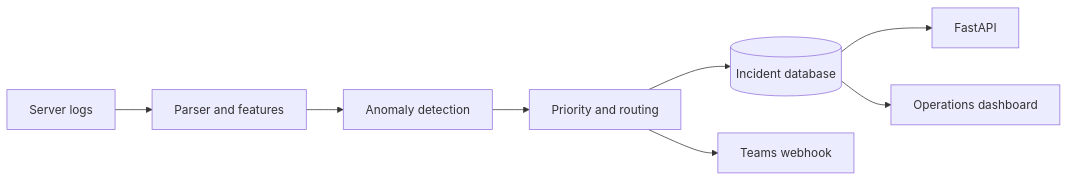
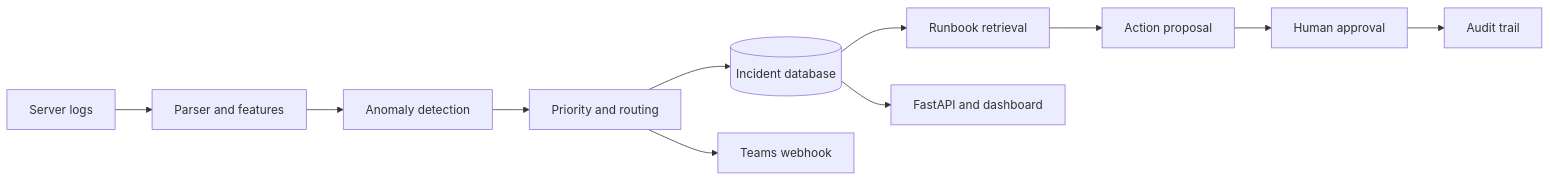
One commit to Lonfea/enterprise-it-incident-automation changed the diagram in README.md. Above: the diagram before and after it, drawn with Mermaid. The commit also changed other lines of this file and 4 other files, not shown here.

````diff
--- a/README.md
+++ b/README.md
@@ -15,10 +15,13 @@
 ```mermaid
 flowchart LR
     A[Server logs] --> B[Parser and features]
     B --> C[Anomaly detection]
     C --> D[Priority and routing]
     D --> E[(Incident database)]
-    E --> F[FastAPI]
-    E --> G[Operations dashboard]
-    D --> H[Teams webhook]
+    E --> F[Runbook retrieval]
+    F --> G[Action proposal]
+    G --> H[Human approval]
+    H --> I[Audit trail]
+    E --> J[FastAPI and dashboard]
+    D --> K[Teams webhook]
 ```
````
